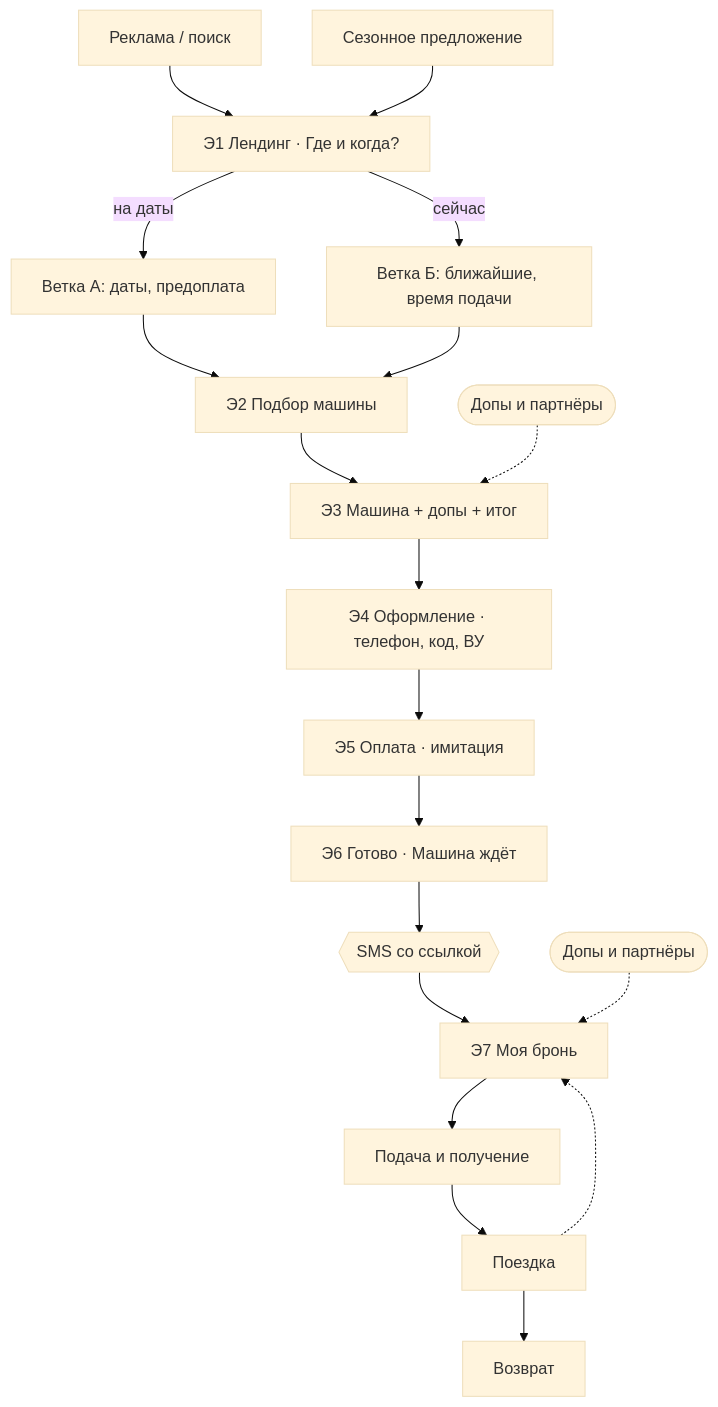
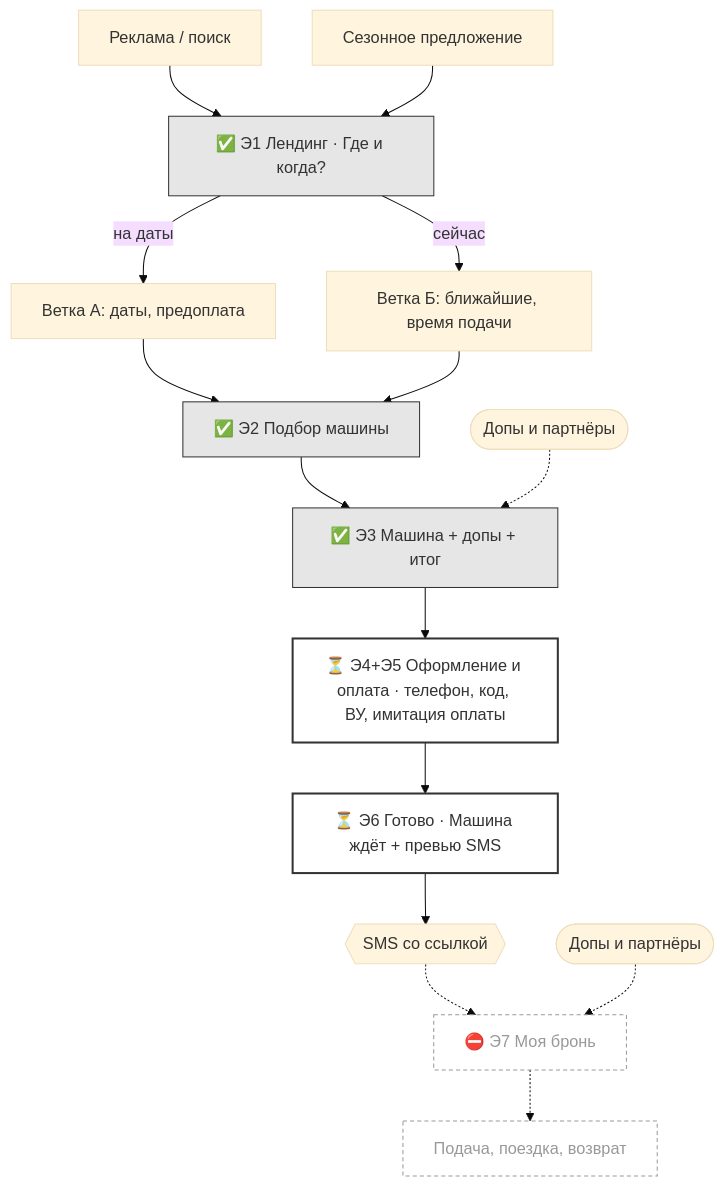
Before and after one commit to timurworkout/concepts-hero: the diagram in project/customer-journey.md, drawn with Mermaid (base theme). The commit also changed other lines of this file and 1 other file, not shown here.

Commit message:
spec: Э4+Э5 — вход по SMS или через банк, ВУ по фото, оплата; схема пути со статусами

````diff
--- a/project/customer-journey.md
+++ b/project/customer-journey.md
@@ -102,21 +104,23 @@
 ```mermaid
 flowchart TD
   IN[Реклама / поиск] --> E1
   SEZ[Сезонное предложение] --> E1
-  E1["Э1 Лендинг · Где и когда?"] -->|на даты| A[Ветка А: даты, предоплата]
+  E1["✅ Э1 Лендинг · Где и когда?"] -->|на даты| A[Ветка А: даты, предоплата]
   E1 -->|сейчас| B[Ветка Б: ближайшие, время подачи]
   A --> E2
   B --> E2
-  E2[Э2 Подбор машины] --> E3["Э3 Машина + допы + итог"]
+  E2["✅ Э2 Подбор машины"] --> E3["✅ Э3 Машина + допы + итог"]
   P1([Допы и партнёры]) -.-> E3
-  E3 --> E4["Э4 Оформление · телефон, код, ВУ"]
-  E4 --> E5["Э5 Оплата · имитация"]
-  E5 --> E6["Э6 Готово · Машина ждёт"]
+  E3 --> E45["⏳ Э4+Э5 Оформление и оплата · телефон, код, ВУ, имитация оплаты"]
+  E45 --> E6["⏳ Э6 Готово · Машина ждёт + превью SMS"]
   E6 --> SMS{{SMS со ссылкой}}
-  SMS --> E7["Э7 Моя бронь"]
+  SMS -.-> E7["⛔ Э7 Моя бронь"]
   P2([Допы и партнёры]) -.-> E7
-  E7 --> G[Подача и получение]
-  G --> T[Поездка]
-  T --> R[Возврат]
-  T -.-> E7
+  E7 -.-> G[Подача, поездка, возврат]
+  classDef done fill:#e6e6e6,stroke:#333
+  classDef todo fill:#fff,stroke:#333,stroke-width:2px
+  classDef out fill:#fff,stroke:#999,stroke-dasharray:4 3,color:#999
+  class E1,E2,E3 done
+  class E45,E6 todo
+  class E7,G out
 ```
````
